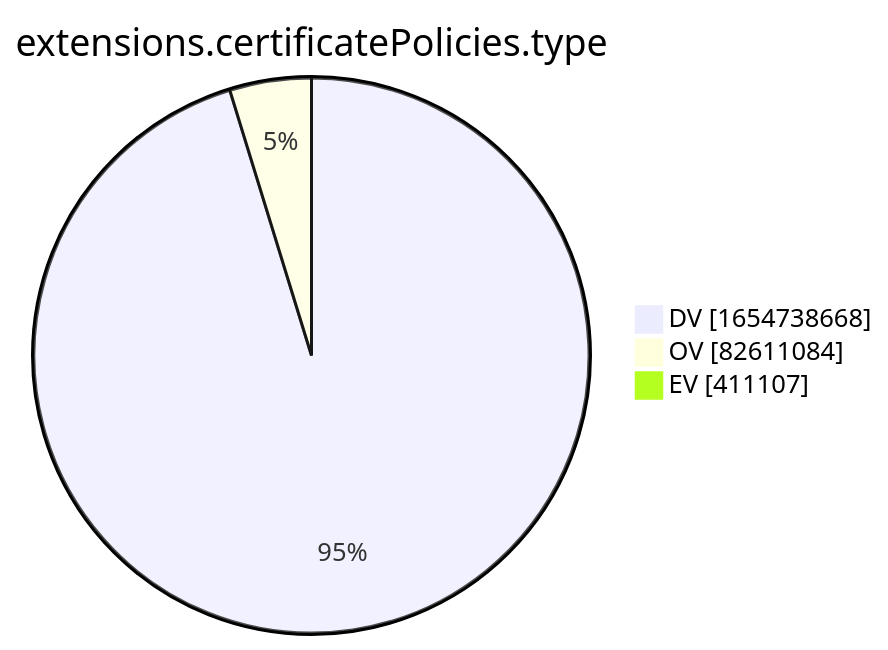
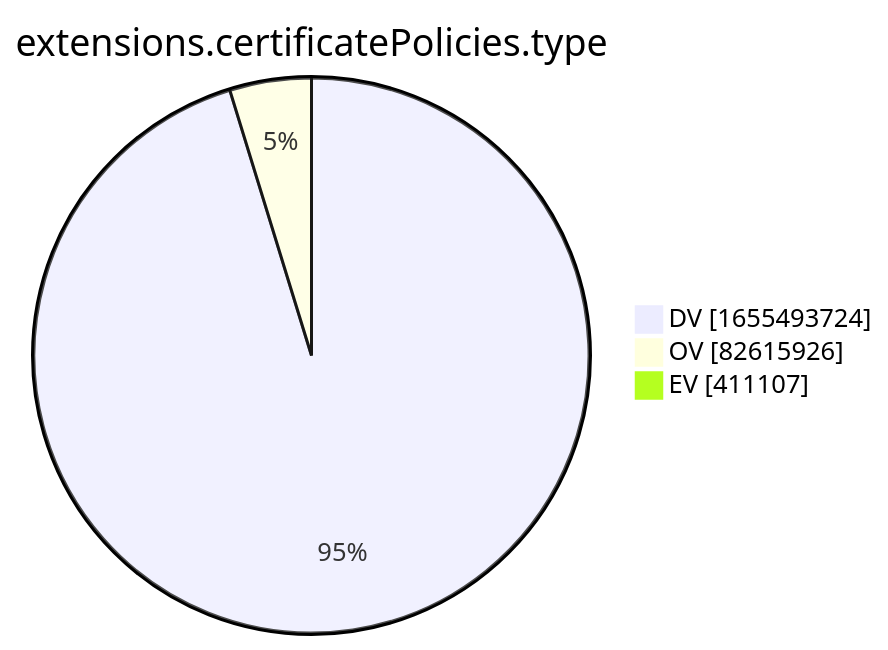
The tenth of 15 diagrams in xenon2022/README.md (christiankrug/ctmonitor_visualization), drawn with Mermaid before and after one commit. The commit also changed other lines of this file, not shown here.

````diff
--- a/xenon2022/README.md
+++ b/xenon2022/README.md
@@ -2880,7 +2880,7 @@
 ```mermaid
 pie showData
 title extensions.certificatePolicies.type
-"DV" :1654738668
-"OV" :82611084
+"DV" :1655493724
+"OV" :82615926
 "EV" :411107
 ```
````
